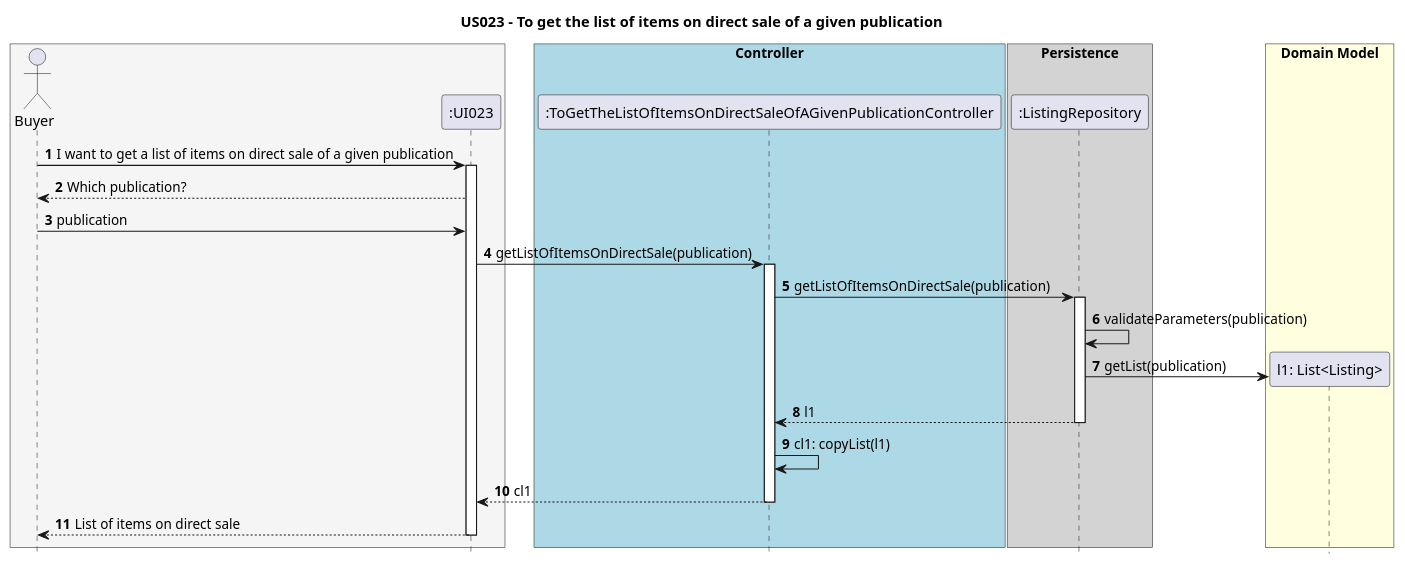
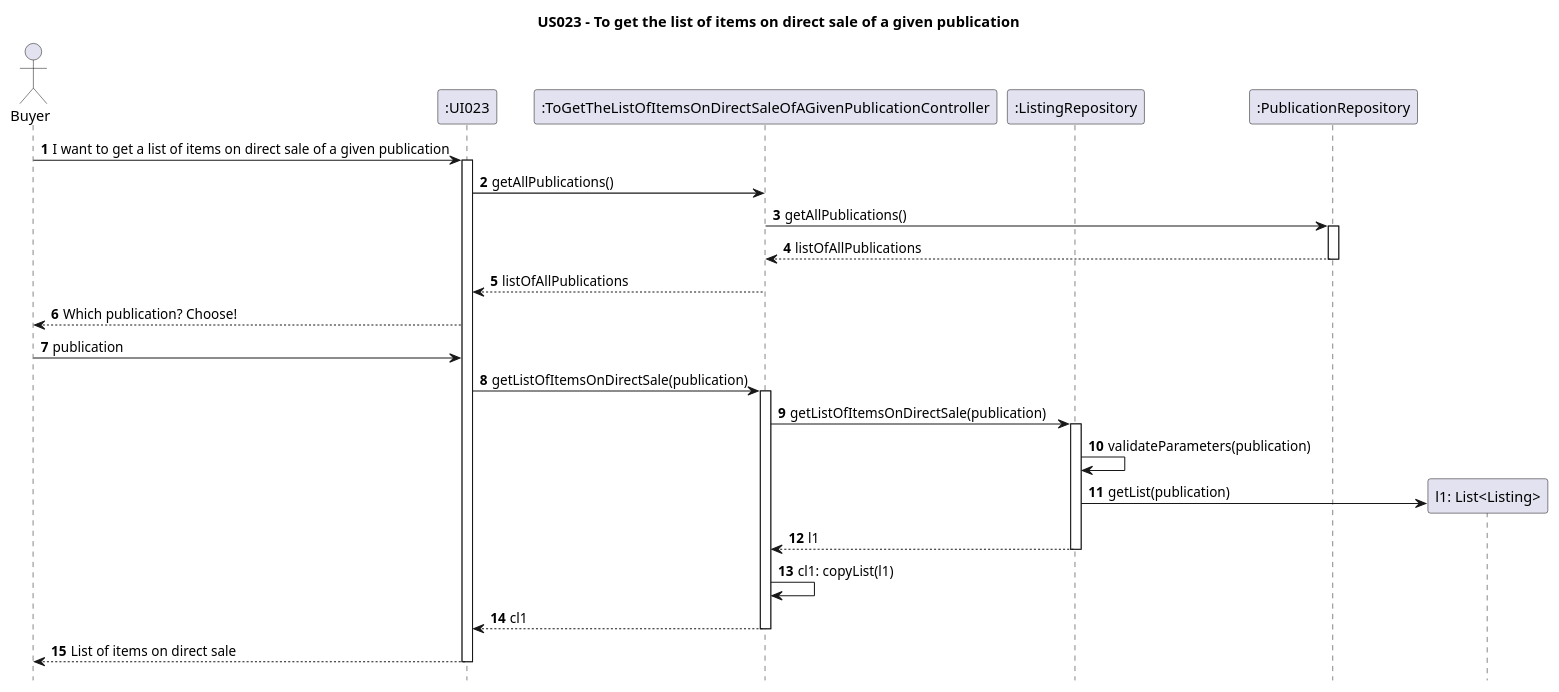
The diagram in Diagrams/SequenceDiagrams/N2/US023-to-get-the-list-of-items-on-direct-sale-of-a-given-publication.puml (AndrePereiraGitH/SWitCH-Project-Team_A), drawn with PlantUML before and after one commit. The commit also changed 6 other files, not shown here.

```diff
--- a/Diagrams/SequenceDiagrams/N2/US023-to-get-the-list-of-items-on-direct-sale-of-a-given-publication.puml
+++ b/Diagrams/SequenceDiagrams/N2/US023-to-get-the-list-of-items-on-direct-sale-of-a-given-publication.puml
@@ -1,60 +1,67 @@
 @startuml
 
 hide footbox
 autonumber
 title US023 - To get the list of items on direct sale of a given publication
 
-box #WhiteSmoke
+' box #WhiteSmoke
 actor Buyer
 participant ":UI023" as UI023
-end box
+' end box
 
-box "Controller" #LightBlue
+' box "Controller" #LightBlue
 participant ":ToGetTheListOfItemsOnDirectSaleOfAGivenPublicationController" as ToGetTheListOfItemsOnDirectSaleOfAGivenPublicationController
-end box
+' end box
 
-box "Persistence" #LightGrey
+' box "Persistence" #LightGrey
 participant ":ListingRepository" as ListingRepository
-end box
+' end box
 
-' Buyer -> UI023 : **1** getListOfItems(typeOfSale, publication)
+participant ":PublicationRepository" as PublicationRepository
+
 Buyer -> UI023 : I want to get a list of items on direct sale of a given publication
 activate UI023
-Buyer <-- UI023 : Which publication?
+UI023 -> ToGetTheListOfItemsOnDirectSaleOfAGivenPublicationController : getAllPublications()
+ToGetTheListOfItemsOnDirectSaleOfAGivenPublicationController -> PublicationRepository: getAllPublications()
+activate PublicationRepository
+PublicationRepository --> ToGetTheListOfItemsOnDirectSaleOfAGivenPublicationController: listOfAllPublications
+deactivate PublicationRepository
+ToGetTheListOfItemsOnDirectSaleOfAGivenPublicationController --> UI023 : listOfAllPublications
+Buyer <-- UI023 : Which publication? Choose!
 Buyer -> UI023 : publication
 
 ' UI023 -> ToGetTheListOfItemsOnDirectSaleOfAGivenPublicationController : **4** getListOfItems(typeOfSale, publication)
 UI023 -> ToGetTheListOfItemsOnDirectSaleOfAGivenPublicationController : getListOfItemsOnDirectSale(publication)
 activate ToGetTheListOfItemsOnDirectSaleOfAGivenPublicationController
 
 ' ToGetTheListOfItemsOnDirectSaleOfAGivenPublicationController -> ListingRepository : **3** getListOfItems(typeOfSale, publication)
 ToGetTheListOfItemsOnDirectSaleOfAGivenPublicationController -> ListingRepository : getListOfItemsOnDirectSale(publication)
 activate ListingRepository
 
 ' ItemRepository -> ItemRepository : **4** convertStringToEnum(typeOfSale, publication)
 
 ' ListingRepository -> ListingRepository : **4** validateParameters(typeOfSale, publication)
 ListingRepository -> ListingRepository : validateParameters(publication)
 
-box "Domain Model" #LightYellow
+' box "Domain" #LightYellow
 create "l1: List<Listing>" as Listing
 ' ListingRepository -> Item : **5** createList(typeOfSale, publication)
 ListingRepository -> Listing : getList(publication)
-end box
+' end box
 
 ' ListingRepository --> ToGetTheListOfItemsOnDirectSaleOfAGivenPublicationController : **6** List<Item> items
 ListingRepository --> ToGetTheListOfItemsOnDirectSaleOfAGivenPublicationController : l1
 deactivate ListingRepository
 
 ' ToGetTheListOfItemsOnDirectSaleOfAGivenPublicationController -> ToGetTheListOfItemsOnDirectSaleOfAGivenPublicationController : **7** copyList(items)
 ToGetTheListOfItemsOnDirectSaleOfAGivenPublicationController -> ToGetTheListOfItemsOnDirectSaleOfAGivenPublicationController : cl1: copyList(l1)
 
 'ToGetTheListOfItemsOnDirectSaleOfAGivenPublicationController --> UI023 : **8** List<copyItems> (copyItems)
 ToGetTheListOfItemsOnDirectSaleOfAGivenPublicationController --> UI023 : cl1
 deactivate ToGetTheListOfItemsOnDirectSaleOfAGivenPublicationController
 
 'UI023 --> Buyer : **9** List<copyItems> (copyItems)'
 UI023 --> Buyer : List of items on direct sale
 deactivate UI023
 
 @enduml
```
